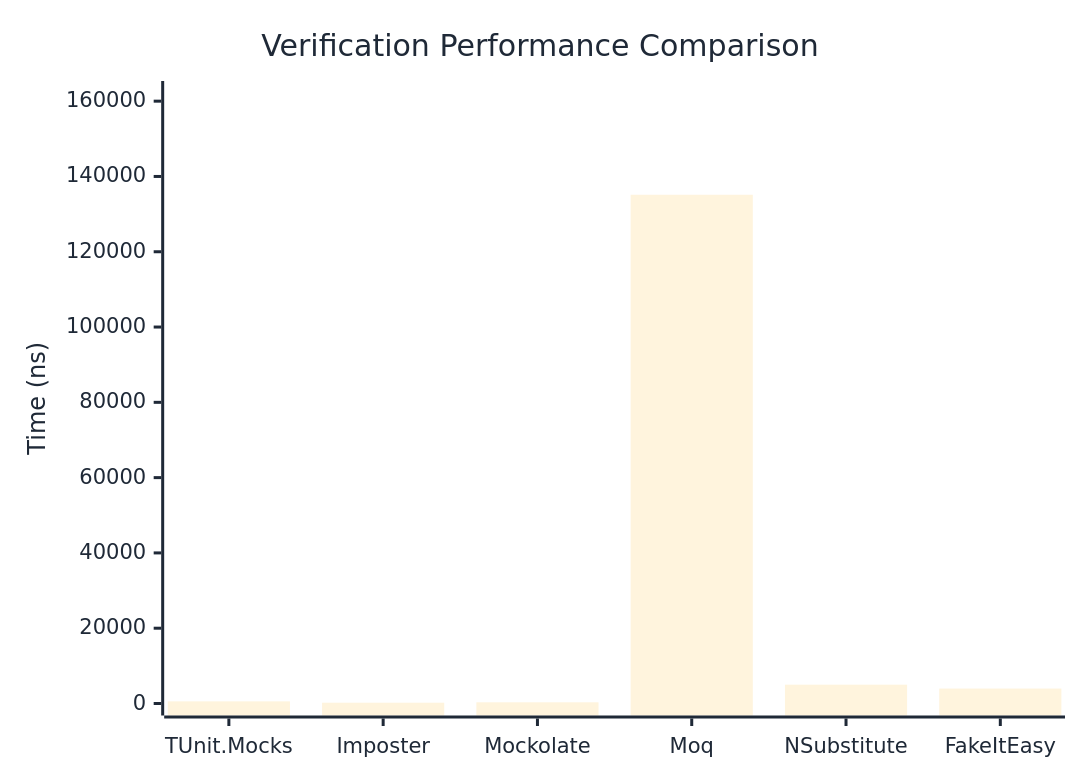
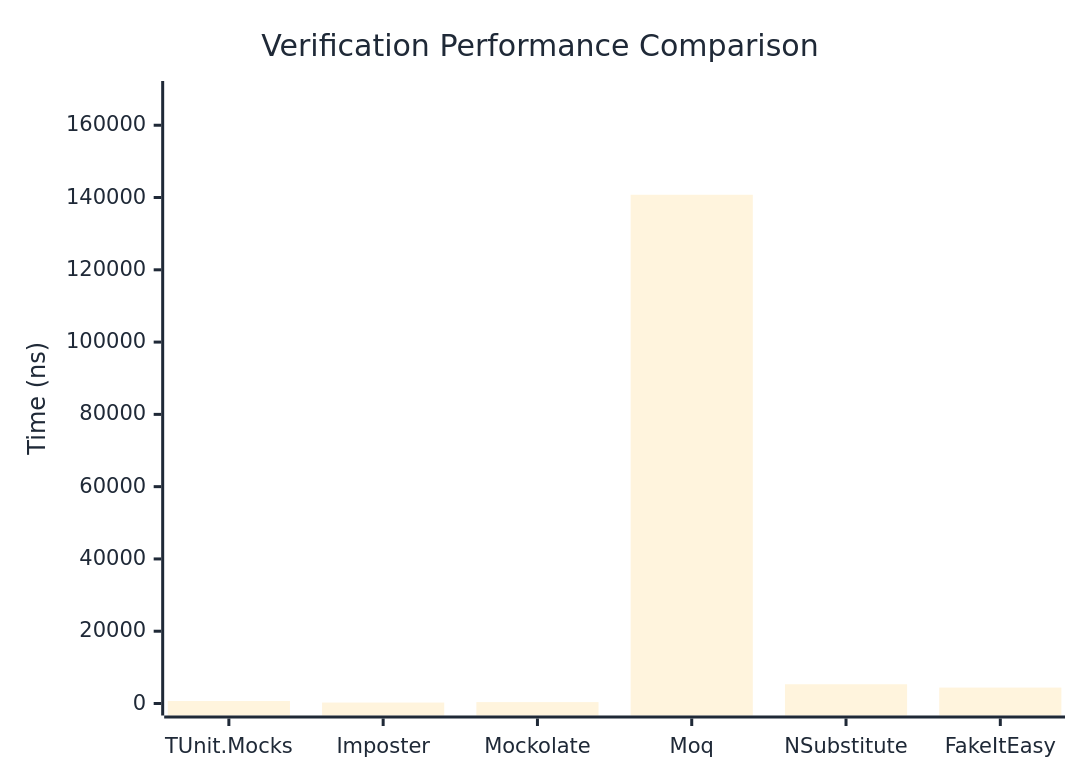
Before and after one commit to thomhurst/TUnit: the first of 3 diagrams in docs/docs/benchmarks/mocks/Verification.md, drawn with Mermaid. The commit also changed other lines of this file and 14 other files, not shown here.

````diff
--- a/docs/docs/benchmarks/mocks/Verification.md
+++ b/docs/docs/benchmarks/mocks/Verification.md
@@ -30,27 +30,27 @@
 ```mermaid
 %%{init: {
   'theme':'base',
   'themeVariables': {
     'primaryColor': '#2563eb',
     'primaryTextColor': '#1f2937',
     'primaryBorderColor': '#1e40af',
     'lineColor': '#6b7280',
     'secondaryColor': '#7c3aed',
     'tertiaryColor': '#dc2626',
     'background': '#ffffff',
     'pie1': '#2563eb',
     'pie2': '#7c3aed',
     'pie3': '#dc2626',
     'pie4': '#f59e0b',
     'pie5': '#10b981',
     'pie6': '#06b6d4',
     'pie7': '#ec4899',
     'pie8': '#6366f1'
   }
 }}%%
 xychart-beta
   title "Verification Performance Comparison"
   x-axis ["TUnit.Mocks", "Imposter", "Mockolate", "Moq", "NSubstitute", "FakeItEasy"]
-  y-axis "Time (ns)" 0 --> 162169
-  bar [567.03, 214.73, 320.95, 135140.36, 4999.91, 3966.32]
+  y-axis "Time (ns)" 0 --> 168921
+  bar [696.74, 263.66, 383.15, 140766.88, 5324.56, 4405.16]
 ```
````
